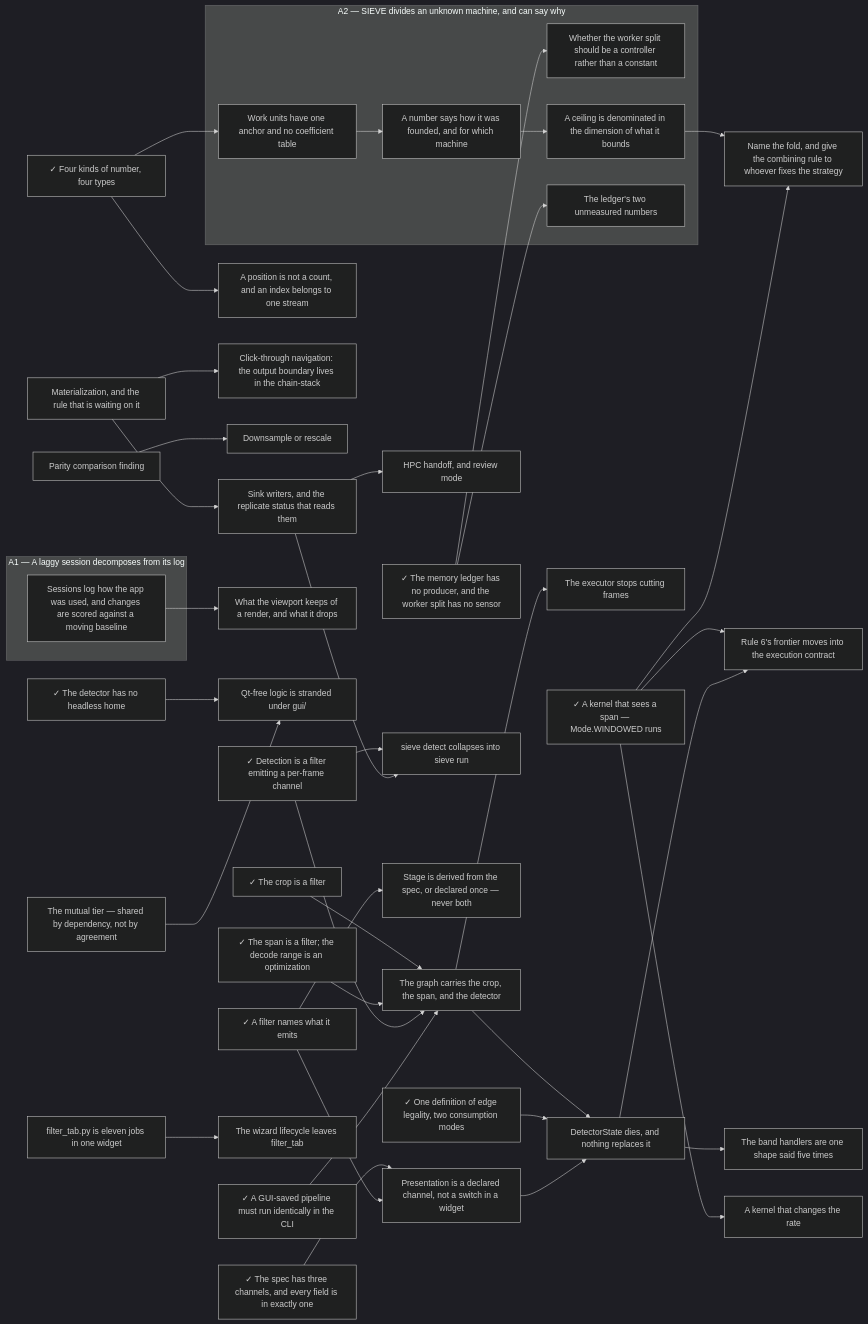
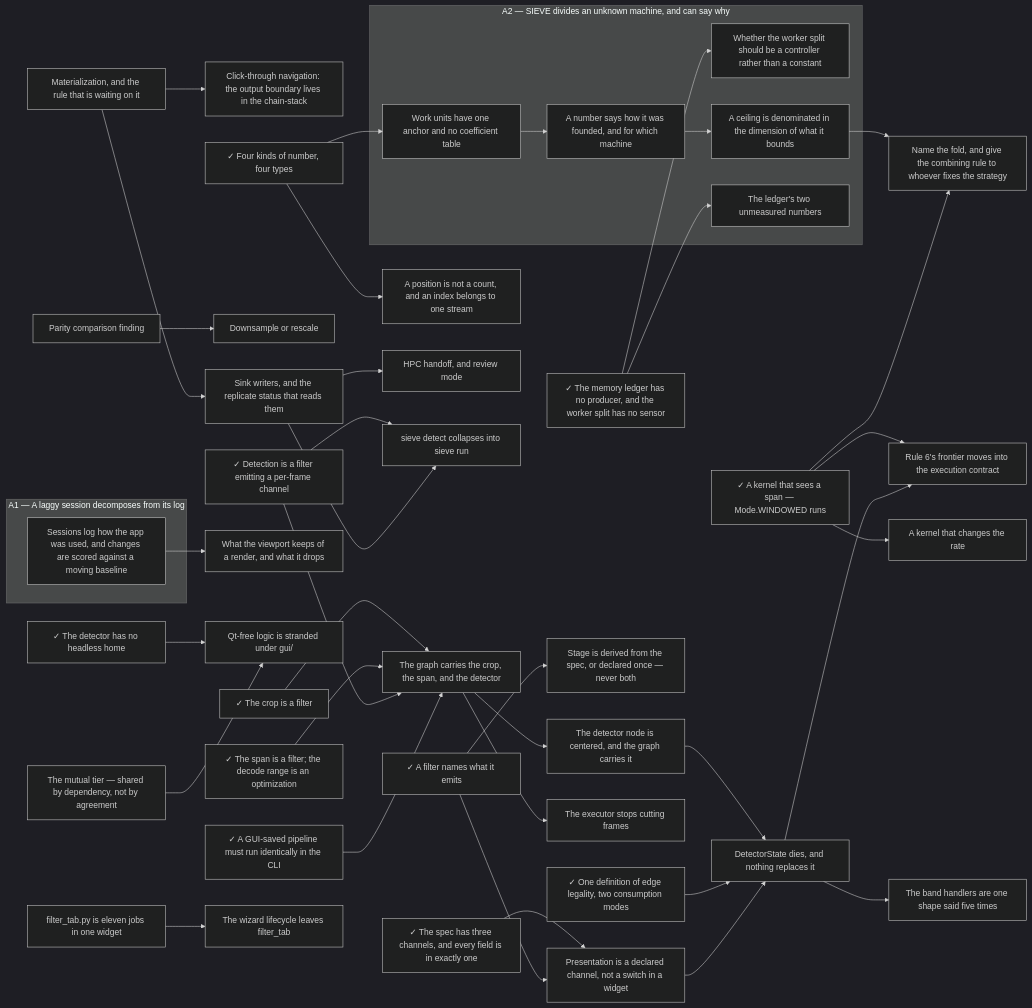
Before and after one commit to soulsynapse/antscihub-SIEVE: the diagram in docs/.state.md, drawn with Mermaid (dark theme). The commit also changed other lines of this file and 14 other files, not shown here.

````diff
--- a/docs/.state.md
+++ b/docs/.state.md
@@ -114,79 +115,81 @@
 ```mermaid
 graph LR
   subgraph A1["A1 — A laggy session decomposes from its log"]
       slow_path_surfacing["Sessions log how the app was used, and changes are scored against a moving baseline"]
   end
   subgraph A2["A2 — SIEVE divides an unknown machine, and can say why"]
       a_number_says_how_it_was_founded["A number says how it was founded, and for which machine"]
       adaptive_worker_allocation["Whether the worker split should be a controller rather than a constant"]
       ceilings_in_the_dimension_they_bound["A ceiling is denominated in the dimension of what it bounds"]
       ledger_measurements["The ledger's two unmeasured numbers"]
       work_units_have_one_anchor["Work units have one anchor and no coefficient table"]
   end
     a_filter_names_what_it_emits["✓ A filter names what it emits"]
     a_kernel_that_changes_the_rate["A kernel that changes the rate"]
     a_kernel_that_sees_a_span["✓ A kernel that sees a span — Mode.WINDOWED runs"]
     a_position_is_not_a_count["A position is not a count, and an index belongs to one stream"]
     click_through_navigation["Click-through navigation: the output boundary lives in the chain-stack"]
     detection_is_a_filter["✓ Detection is a filter emitting a per-frame channel"]
     detector_state_dies["DetectorState dies, and nothing replaces it"]
     downsample_or_rescale["Downsample or rescale"]
     filter_tab_is_eleven_jobs["filter_tab.py is eleven jobs in one widget"]
     four_numbers_four_types["✓ Four kinds of number, four types"]
     gui_cli_execution_parity["✓ A GUI-saved pipeline must run identically in the CLI"]
     headless_detection["✓ The detector has no headless home"]
     hpc_handoff_and_review_mode["HPC handoff, and review mode"]
     ledger_producers["✓ The memory ledger has no producer, and the worker split has no sensor"]
     materialization["Materialization, and the rule that is waiting on it"]
     name_the_fold["Name the fold, and give the combining rule to whoever fixes the strategy"]
     one_definition_of_edge_legality["✓ One definition of edge legality, two consumption modes"]
     parity_comparison_finding["Parity comparison finding"]
     presentation_is_a_channel_not_a_switch["Presentation is a declared channel, not a switch in a widget"]
     proxy_retention_policy["What the viewport keeps of a render, and what it drops"]
     qt_free_logic_under_gui["Qt-free logic is stranded under gui/"]
     rule_sixs_frontier_moves_into_the_contract["Rule 6's frontier moves into the execution contract"]
     sieve_detect_collapses_into_sieve_run["sieve detect collapses into sieve run"]
     sink_writers["Sink writers, and the replicate status that reads them"]
     stage_is_derived_or_declared_once["Stage is derived from the spec, or declared once — never both"]
     the_band_handlers_are_one_shape_said_five_times["The band handlers are one shape said five times"]
     the_crop_is_a_filter["✓ The crop is a filter"]
+    the_detector_node_is_centered["The detector node is centered, and the graph carries it"]
     the_executor_stops_cutting_frames["The executor stops cutting frames"]
     the_graph_carries_the_crop_the_span_and_the_detector["The graph carries the crop, the span, and the detector"]
     the_mutual_tier["The mutual tier — shared by dependency, not by agreement"]
     the_span_is_a_filter["✓ The span is a filter; the decode range is an optimization"]
     the_spec_has_three_channels["✓ The spec has three channels, and every field is in exactly one"]
     the_wizard_lifecycle_leaves_filter_tab["The wizard lifecycle leaves filter_tab"]
     a_kernel_that_sees_a_span --> a_kernel_that_changes_the_rate
     work_units_have_one_anchor --> a_number_says_how_it_was_founded
     four_numbers_four_types --> a_position_is_not_a_count
     ledger_producers --> adaptive_worker_allocation
     a_number_says_how_it_was_founded --> ceilings_in_the_dimension_they_bound
     materialization --> click_through_navigation
-    the_graph_carries_the_crop_the_span_and_the_detector --> detector_state_dies
+    the_detector_node_is_centered --> detector_state_dies
     one_definition_of_edge_legality --> detector_state_dies
     presentation_is_a_channel_not_a_switch --> detector_state_dies
     parity_comparison_finding --> downsample_or_rescale
     sink_writers --> hpc_handoff_and_review_mode
     ledger_producers --> ledger_measurements
     ceilings_in_the_dimension_they_bound --> name_the_fold
     a_kernel_that_sees_a_span --> name_the_fold
     the_spec_has_three_channels --> presentation_is_a_channel_not_a_switch
     a_filter_names_what_it_emits --> presentation_is_a_channel_not_a_switch
     slow_path_surfacing --> proxy_retention_policy
     headless_detection --> qt_free_logic_under_gui
     the_mutual_tier --> qt_free_logic_under_gui
     a_kernel_that_sees_a_span --> rule_sixs_frontier_moves_into_the_contract
     detector_state_dies --> rule_sixs_frontier_moves_into_the_contract
     detection_is_a_filter --> sieve_detect_collapses_into_sieve_run
     sink_writers --> sieve_detect_collapses_into_sieve_run
     materialization --> sink_writers
     a_filter_names_what_it_emits --> stage_is_derived_or_declared_once
     detector_state_dies --> the_band_handlers_are_one_shape_said_five_times
+    the_graph_carries_the_crop_the_span_and_the_detector --> the_detector_node_is_centered
     the_graph_carries_the_crop_the_span_and_the_detector --> the_executor_stops_cutting_frames
     the_crop_is_a_filter --> the_graph_carries_the_crop_the_span_and_the_detector
     the_span_is_a_filter --> the_graph_carries_the_crop_the_span_and_the_detector
     detection_is_a_filter --> the_graph_carries_the_crop_the_span_and_the_detector
     gui_cli_execution_parity --> the_graph_carries_the_crop_the_span_and_the_detector
     filter_tab_is_eleven_jobs --> the_wizard_lifecycle_leaves_filter_tab
     four_numbers_four_types --> work_units_have_one_anchor
 ```
````
